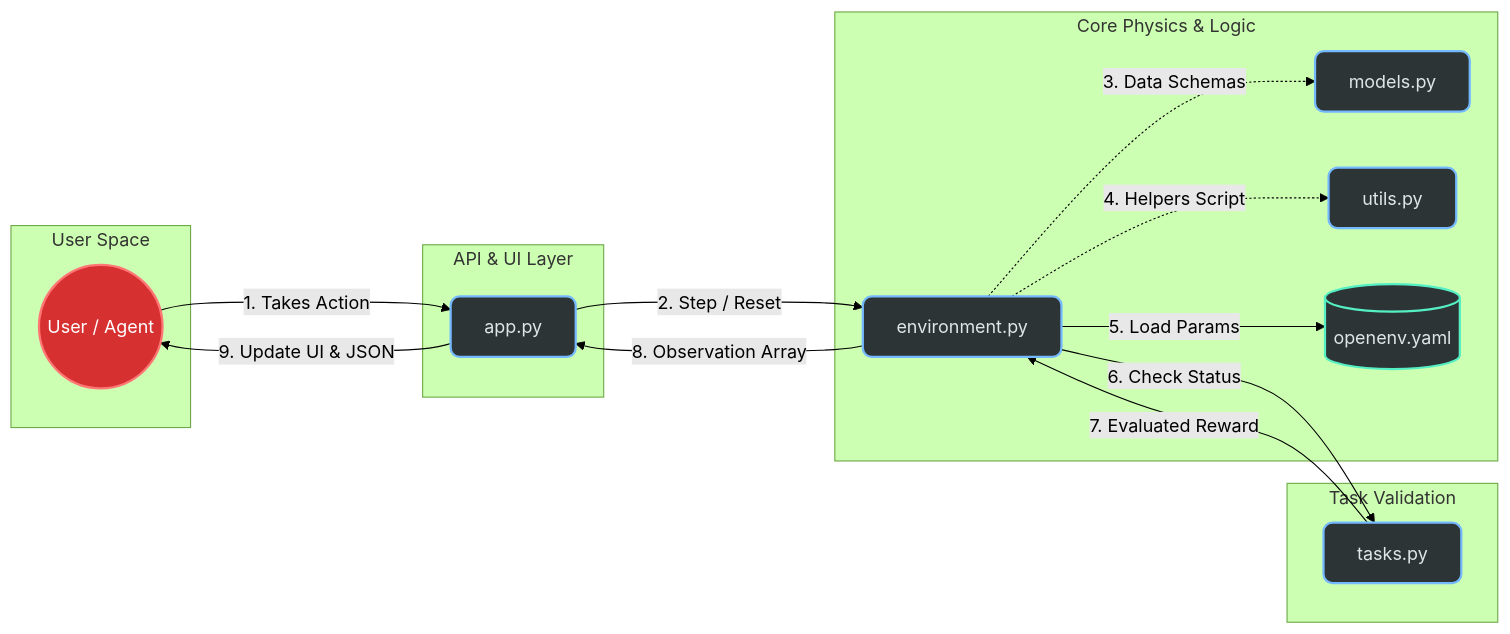
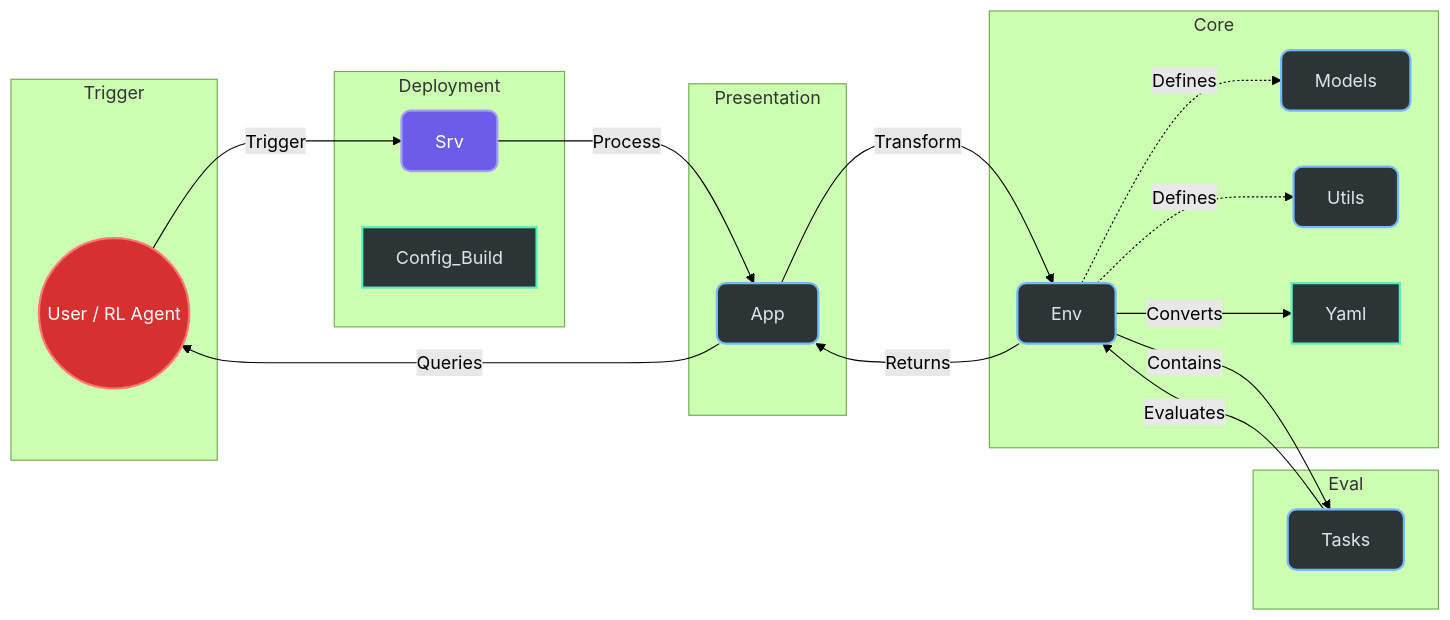
Before and after one commit to samarth-2006SJW/MINI_RL_ENVIRONMENT: the diagram in README.md, drawn with Mermaid (forest theme).

Commit message:
Revise system architecture diagram in README
Updated system architecture diagram and improved clarity of components.

````diff
--- a/README.md
+++ b/README.md
@@ -90,47 +90,47 @@
 ```mermaid
- flowchart LR
+graph LR
     %% Custom UI Colors
+    classDef serverNode fill:#6c5ce7,stroke:#a29bfe,stroke-width:2px,color:#ffffff,rx:8px,ry:8px;
     classDef blockNode fill:#2d3436,stroke:#74b9ff,stroke-width:2px,color:#dfe6e9,rx:8px,ry:8px;
     classDef dataNode fill:#2d3436,stroke:#55efc4,stroke-width:2px,color:#dfe6e9;
-    classDef actorNode fill:#d63031,stroke:#ff7675,stroke-width:2px,color:#ffffff,shape:circle;
+    classDef actorNode fill:#d63031,stroke:#ff7675,stroke-width:2px,color:#ffffff;
 
-    %% 1. Force Agent as the absolute FIRST component on the Left
-    subgraph Trigger [User Space]
-        Agent((User / Agent)):::actorNode
+    subgraph Trigger ["Trigger"]
+        Agent(("User / RL Agent")):::actorNode
     end
 
-    %% 2. Presentation Layer cleanly side-by-side
-    subgraph Presentation [API & UI Layer]
-        App["app.py"]:::blockNode
+    subgraph Deployment ["Deployment"]
+        Srv["Srv"]:::serverNode
+        Config_Build["Config_Build"]:::dataNode
     end
 
-    %% 3. Core system side-by-side
-    subgraph Core [Core Physics & Logic]
-        Env["environment.py"]:::blockNode
-        Models["models.py"]:::blockNode
-        Utils["utils.py"]:::blockNode
-        Config[("openenv.yaml")]:::dataNode
+    subgraph Presentation ["Presentation"]
+        App["App"]:::blockNode
     end
 
-    %% 4. Task Check side-by-side
-    subgraph Eval [Task Validation]
-        Tasks["tasks.py"]:::blockNode
+    subgraph Core ["Core"]
+        Env["Env"]:::blockNode
+        Models["Models"]:::blockNode
+        Utils["Utils"]:::blockNode
+        Yaml["Yaml"]:::dataNode
     end
 
-    %% Forward Flow (Engine routes automatically left to right)
-    Agent -->|1. Takes Action| App
-    App -->|2. Step / Reset| Env
+    subgraph Eval ["Eval"]
+        Tasks["Tasks"]:::blockNode
+    end
+
+    %% Flow
+    Agent -->|"Trigger"| Srv
+    Srv -->|"Process"| App
+    App -->|"Transform"| Env
     
-    Env -.->|3. Data Schemas| Models
-    Env -.->|4. Helpers Script| Utils
-    Env -->|5. Load Params| Config
+    Env -.->|"Defines"| Models
+    Env -.->|"Defines"| Utils
+    Env -->|"Converts"| Yaml
+    Env -->|"Contains"| Tasks
     
-    Env -->|6. Check Status| Tasks
-    
-    %% Return Feedback Flow (Engine wraps arrows around boxes neatly)
-    Tasks -->|7. Evaluated Reward| Env
-    Env -->|8. Observation Array| App
-    App -->|9. Update UI & JSON| Agent
-
+    Tasks -->|"Evaluates"| Env
+    Env -->|"Returns"| App
+    App -->|"Queries"| Agent
 
 ```    
````
